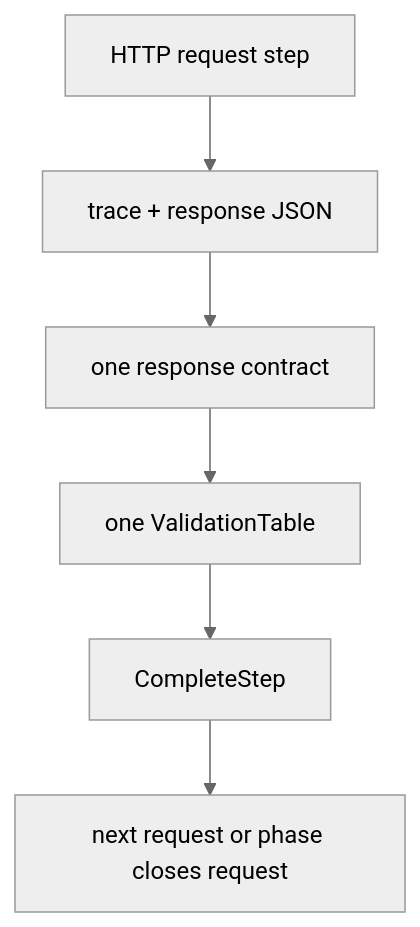
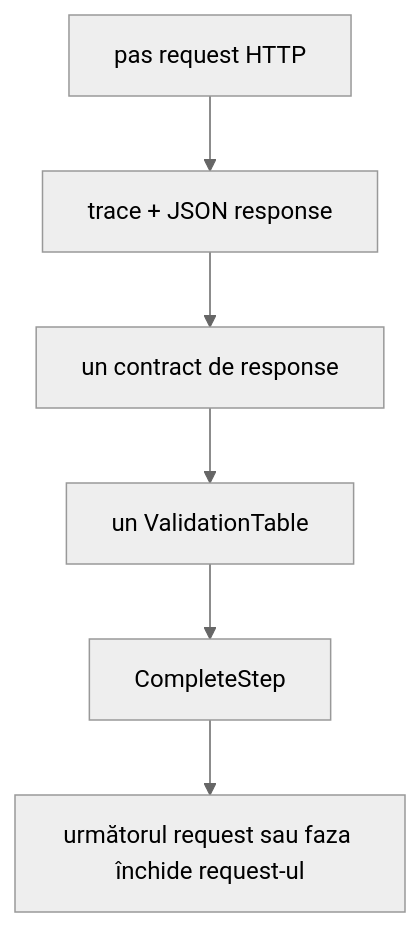
Before and after one commit to crististefanita/CS1: the second of 2 diagrams in Atf.Tests/Atf.Common.Tests/README.md, drawn with Mermaid (neutral theme). The commit also changed other lines of this file and 28 other files, not shown here.

````diff
--- a/Atf.Tests/Atf.Common.Tests/README.md
+++ b/Atf.Tests/Atf.Common.Tests/README.md
@@ -92,8 +96,8 @@
 ```mermaid
 flowchart TD
-    Request[HTTP request step] --> Evidence[trace + response JSON]
-    Evidence --> Contract[one response contract]
-    Contract --> Table[one ValidationTable]
+    Request[pas request HTTP] --> Evidence[trace + JSON response]
+    Evidence --> Contract[un contract de response]
+    Contract --> Table[un ValidationTable]
     Table --> CloseContract[CompleteStep]
-    CloseContract --> Next[next request or phase closes request]
+    CloseContract --> Next[următorul request sau faza închide request-ul]
 ```
````
